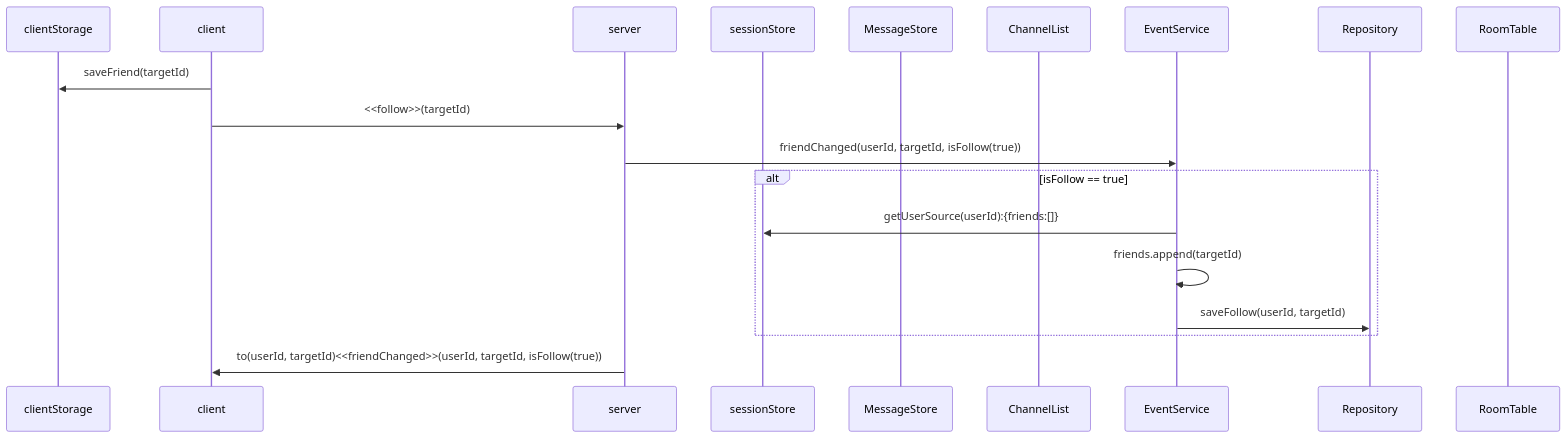
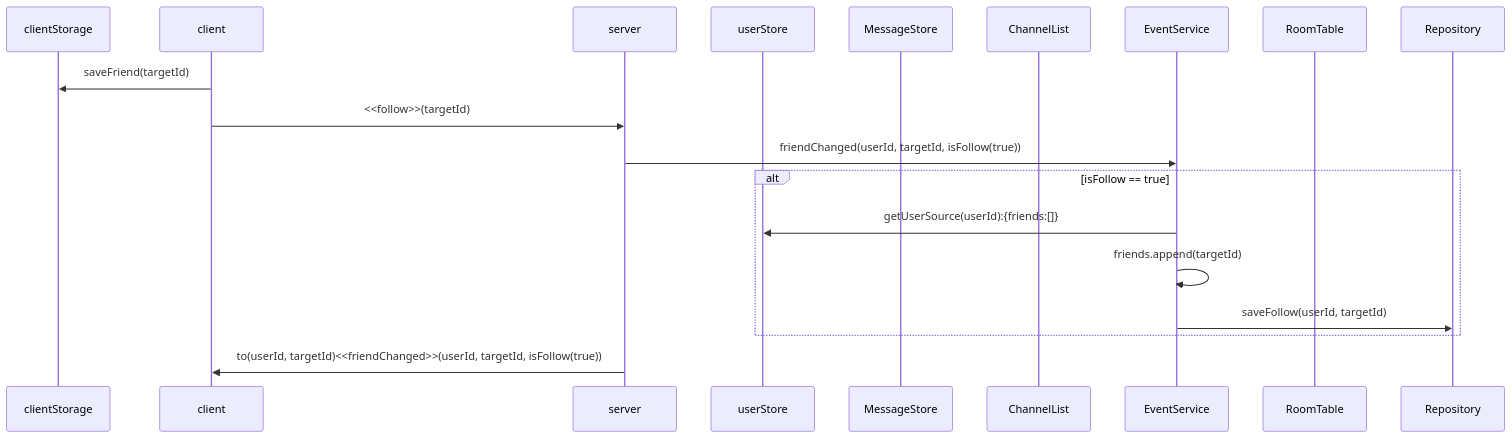
Before and after one commit to mtak0235/simmons_transcendence: the seventh of 19 diagrams in backend/node/app/event.md, drawn with Mermaid. The commit also changed other lines of this file, not shown here.

````diff
--- a/backend/node/app/event.md
+++ b/backend/node/app/event.md
@@ -175,22 +185,22 @@
 ```mermaid
 sequenceDiagram
 participant cls as clientStorage
 participant c as client
 participant ga as server
-participant ss as sessionStore
+participant ss as userStore
 participant ms as MessageStore
 participant cns as ChannelList
 participant cs as EventService
+participant rt as RoomTable
 participant r as Repository
-participant rt as RoomTable
 
 c->>cls: saveFriend(targetId)
 c->>ga: <<follow>>(targetId)
 ga->>cs: friendChanged(userId, targetId, isFollow(true))
 alt isFollow == true
 cs->>ss: getUserSource(userId):{friends:[]}
 cs->>cs: friends.append(targetId)
 cs->>r: saveFollow(userId, targetId)
 end
 ga->>c: to(userId, targetId)<<friendChanged>>(userId, targetId, isFollow(true))
 ```
````
